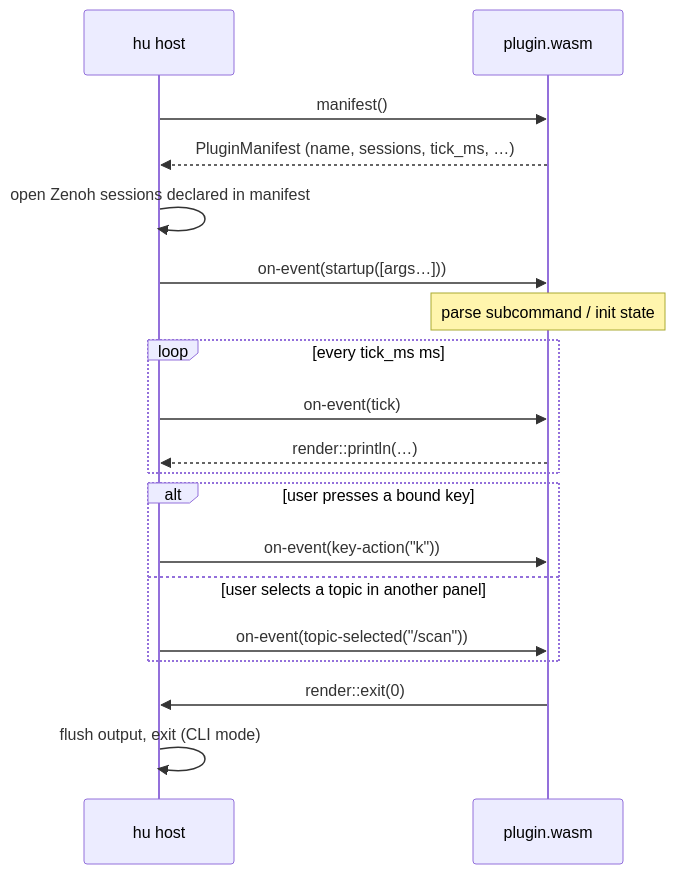
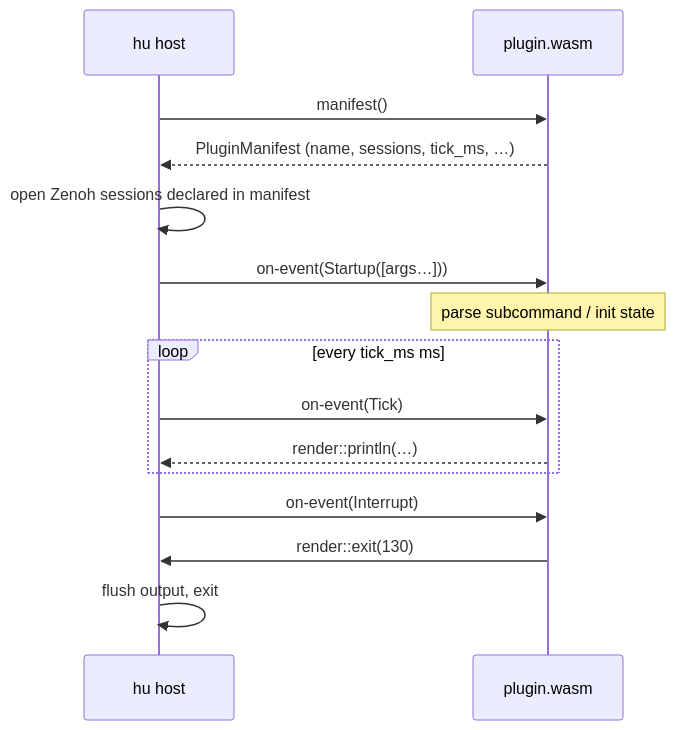
One commit to ZettaScaleLabs/hiroz changed the second of 3 diagrams in docs/tools/hu-plugins.md. Above: the diagram before and after it, drawn with Mermaid. The commit also changed other lines of this file, not shown here.

````diff
--- a/docs/tools/hu-plugins.md
+++ b/docs/tools/hu-plugins.md
@@ -160,25 +199,20 @@
 ```mermaid
 sequenceDiagram
     participant Host as hu host
     participant Plugin as plugin.wasm
 
     Host->>Plugin: manifest()
     Plugin-->>Host: PluginManifest (name, sessions, tick_ms, …)
     Host->>Host: open Zenoh sessions declared in manifest
-    Host->>Plugin: on-event(startup([args…]))
+    Host->>Plugin: on-event(Startup([args…]))
     Note over Plugin: parse subcommand / init state
 
     loop every tick_ms ms
-        Host->>Plugin: on-event(tick)
+        Host->>Plugin: on-event(Tick)
         Plugin-->>Host: render::println(…)
     end
 
-    alt user presses a bound key
-        Host->>Plugin: on-event(key-action("k"))
-    else user selects a topic in another panel
-        Host->>Plugin: on-event(topic-selected("/scan"))
-    end
-
-    Plugin->>Host: render::exit(0)
-    Host->>Host: flush output, exit (CLI mode)
+    Host->>Plugin: on-event(Interrupt)
+    Plugin->>Host: render::exit(130)
+    Host->>Host: flush output, exit
 ```
````
